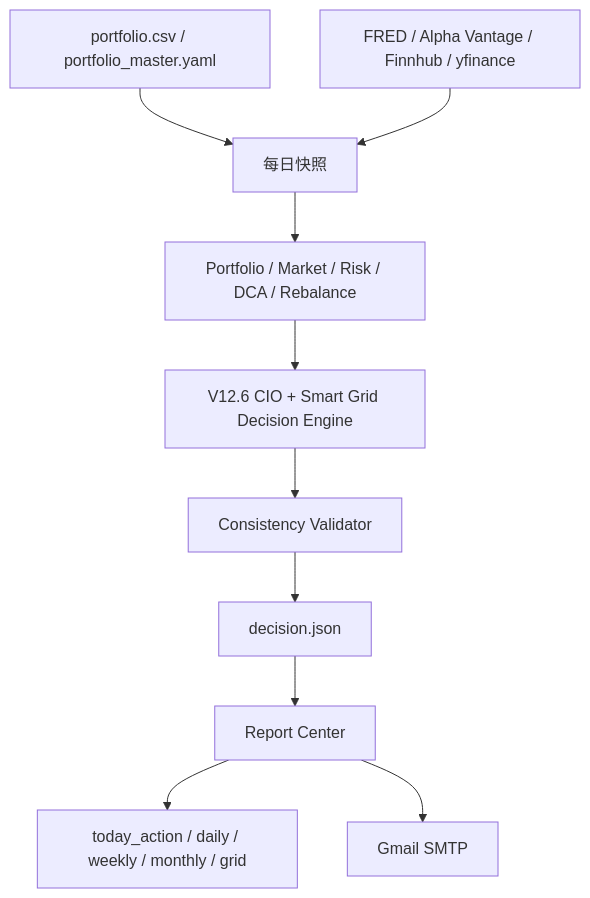
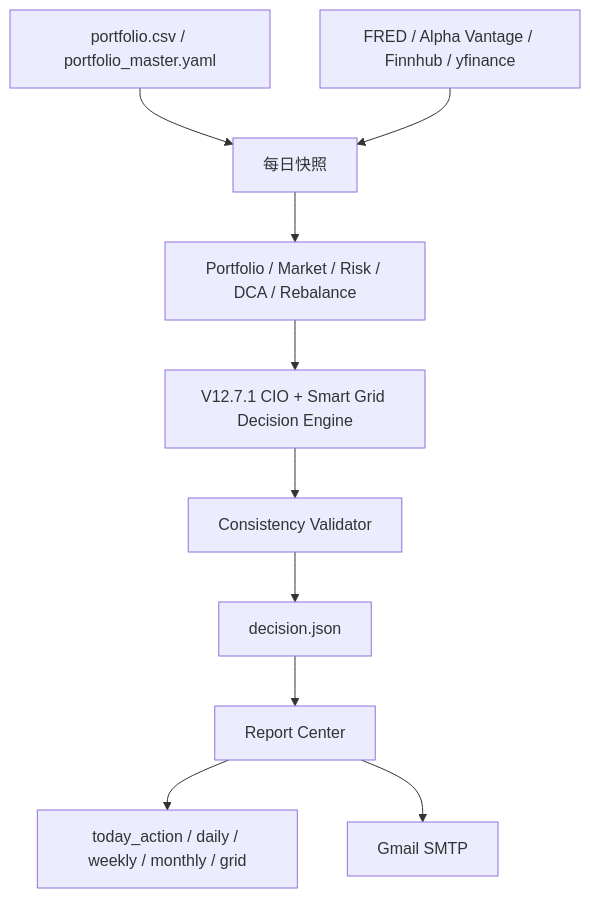
Before and after one commit to shitou3263063-pixel/stone-ai-investment-manager: the diagram in reports/project_audit.md, drawn with Mermaid. The commit also changed other lines of this file and 51 other files, not shown here.

````diff
--- a/reports/project_audit.md
+++ b/reports/project_audit.md
@@ -18,12 +18,12 @@
 ```mermaid
 flowchart TD
   A["portfolio.csv / portfolio_master.yaml"] --> B["每日快照"]
   C["FRED / Alpha Vantage / Finnhub / yfinance"] --> B
   B --> D["Portfolio / Market / Risk / DCA / Rebalance"]
-  D --> E["V12.6 CIO + Smart Grid Decision Engine"]
+  D --> E["V12.7.1 CIO + Smart Grid Decision Engine"]
   E --> F["Consistency Validator"]
   F --> G["decision.json"]
   G --> H["Report Center"]
   H --> I["today_action / daily / weekly / monthly / grid"]
   H --> J["Gmail SMTP"]
 ```
````
